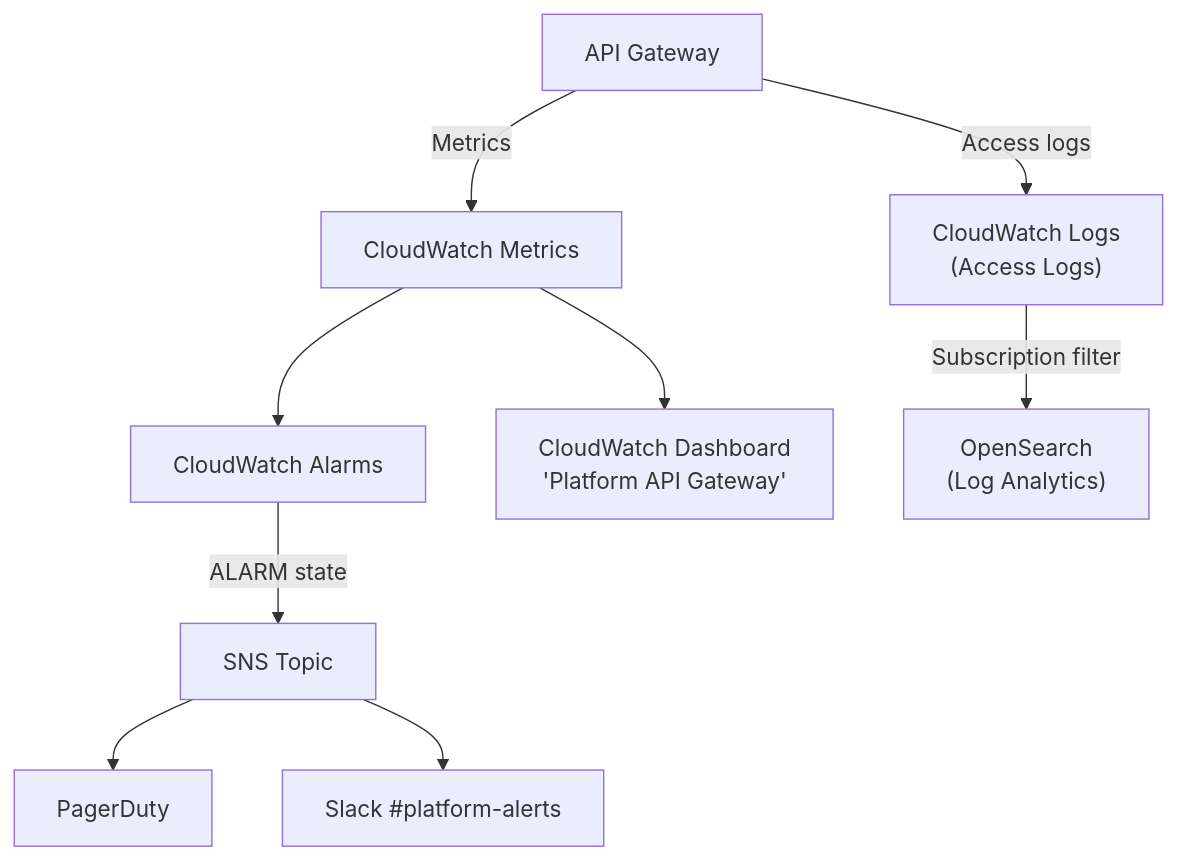
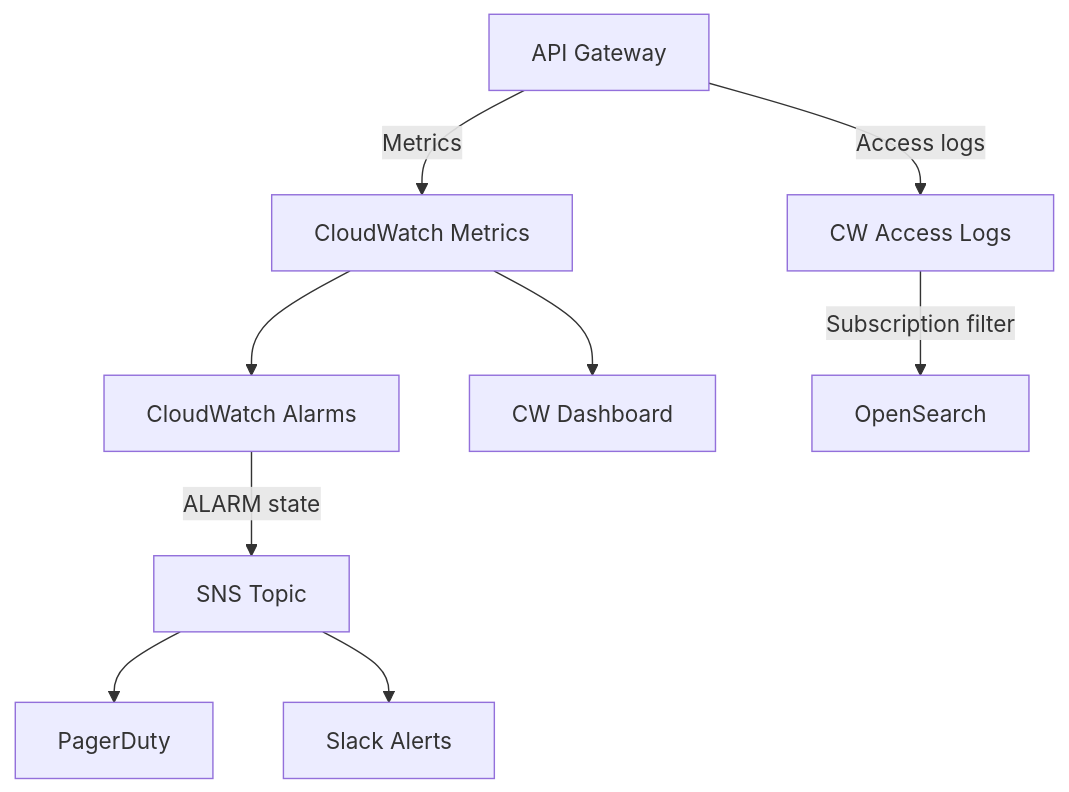
Before and after one commit to rishikeshdhokare/platform-manifesto: the third of 3 diagrams in 04-infrastructure-and-cloud/07-api-gateway-strategy.md, drawn with Mermaid. The commit also changed other lines of this file and 12 other files, not shown here.

First line of the commit message:
fix: refactor Mermaid diagrams for compliance (#135)

````diff
--- a/04-infrastructure-and-cloud/07-api-gateway-strategy.md
+++ b/04-infrastructure-and-cloud/07-api-gateway-strategy.md
@@ -365,21 +371,21 @@
 ```mermaid
 flowchart TD
     APIGW["API Gateway"]
     CW["CloudWatch Metrics"]
     ALARM["CloudWatch Alarms"]
     SNS["SNS Topic"]
     PD["PagerDuty"]
-    SLACK["Slack #platform-alerts"]
-    DASH["CloudWatch Dashboard<br/>'Platform API Gateway'"]
-    CWL["CloudWatch Logs<br/>(Access Logs)"]
-    OPENSEARCH["OpenSearch<br/>(Log Analytics)"]
+    SLACK["Slack Alerts"]
+    DASH["CW Dashboard"]
+    CWL["CW Access Logs"]
+    OPENSEARCH["OpenSearch"]
 
     APIGW -->|"Metrics"| CW
     APIGW -->|"Access logs"| CWL
     CW --> ALARM
     CW --> DASH
     ALARM -->|"ALARM state"| SNS
     SNS --> PD
     SNS --> SLACK
     CWL -->|"Subscription filter"| OPENSEARCH
 ```
````
